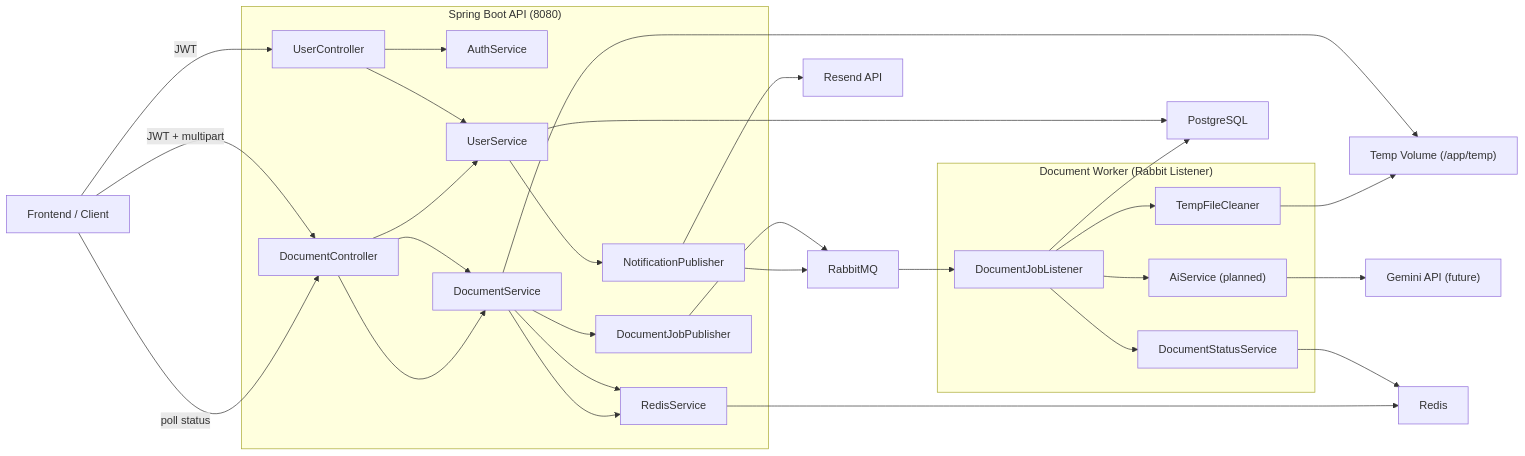
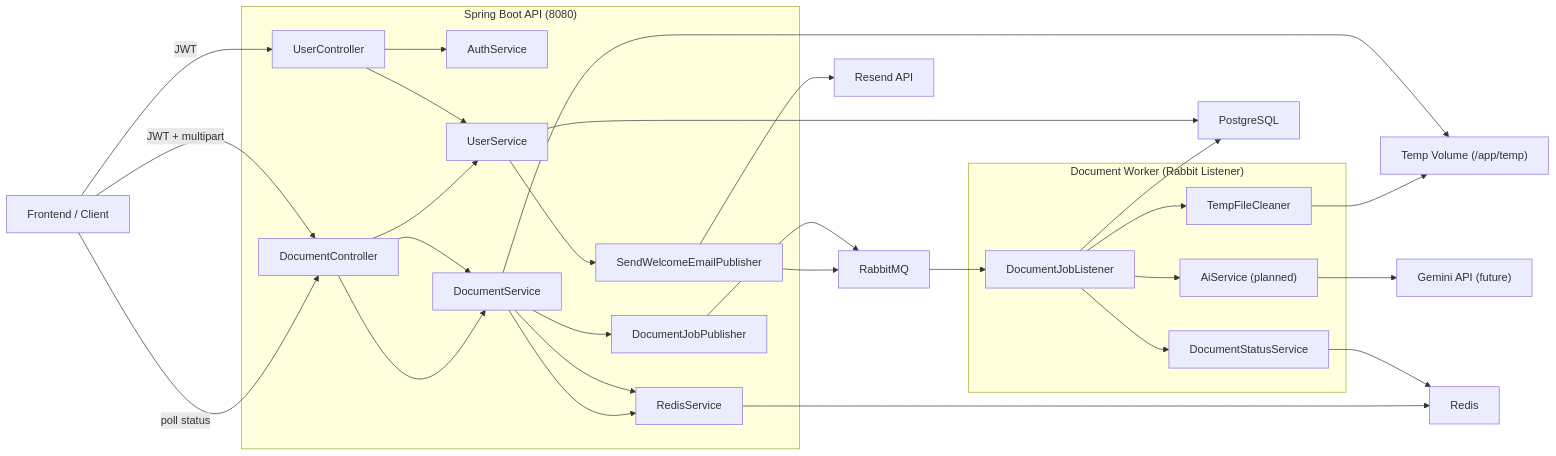
The diagram in README.md (Adeniyi-Bella/Java-Admina-Backend), drawn with Mermaid before and after one commit. The commit also changed 10 other files, not shown here.

````diff
--- a/README.md
+++ b/README.md
@@ -7,63 +7,63 @@
 ```mermaid
 flowchart LR
   FE[Frontend / Client]
 
   subgraph API["Spring Boot API (8080)"]
     CTRL_USER["UserController"]
     CTRL_DOC["DocumentController"]
     SVC_AUTH["AuthService"]
     SVC_USER["UserService"]
     SVC_DOC["DocumentService"]
     SVC_REDIS["RedisService"]
     PUB_DOC["DocumentJobPublisher"]
-    PUB_EMAIL["NotificationPublisher"]
+    PUB_EMAIL["SendWelcomeEmailPublisher"]
   end
 
   subgraph WORKER["Document Worker (Rabbit Listener)"]
     LISTENER["DocumentJobListener"]
     TEMP_CLEAN["TempFileCleaner"]
     STATUS_SVC["DocumentStatusService"]
     AI_SVC["AiService (planned)"]
   end
 
   FS["Temp Volume (/app/temp)"]
   MQ["RabbitMQ"]
   R["Redis"]
   PG["PostgreSQL"]
   RESEND["Resend API"]
   AI["Gemini API (future)"]
 
   FE -->|JWT + multipart| CTRL_DOC
   FE -->|JWT| CTRL_USER
   FE -->|poll status| CTRL_DOC
 
   CTRL_USER --> SVC_AUTH
   CTRL_USER --> SVC_USER
   CTRL_DOC --> SVC_USER
   CTRL_DOC --> SVC_DOC
   CTRL_DOC --> SVC_DOC
   SVC_DOC --> SVC_REDIS
 
   SVC_DOC --> FS
   SVC_DOC --> SVC_REDIS
   SVC_DOC --> PUB_DOC
 
   SVC_USER --> PG
   SVC_USER --> PUB_EMAIL
 
   PUB_DOC --> MQ
   PUB_EMAIL --> MQ
 
   MQ --> LISTENER
   LISTENER --> STATUS_SVC
   LISTENER --> TEMP_CLEAN
   LISTENER --> AI_SVC
   LISTENER --> PG
 
   STATUS_SVC --> R
   SVC_REDIS --> R
   TEMP_CLEAN --> FS
 
   PUB_EMAIL --> RESEND
   AI_SVC --> AI
 ```
````
